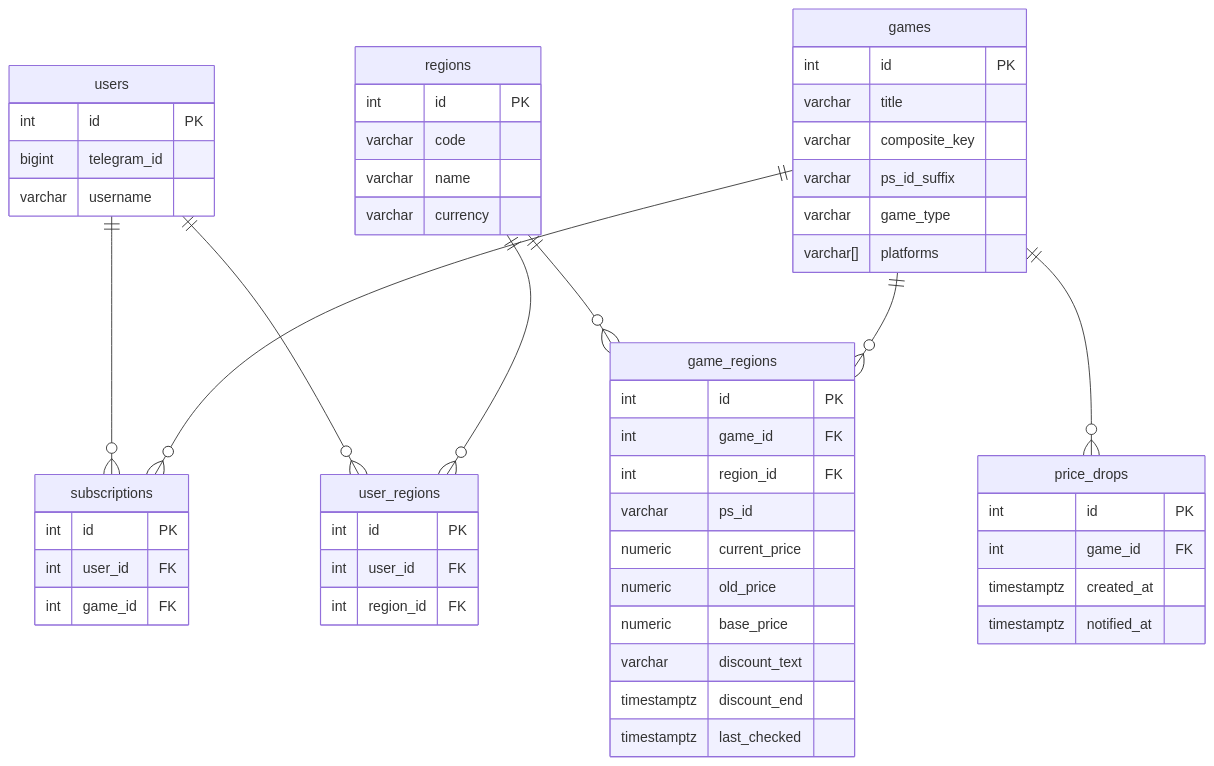
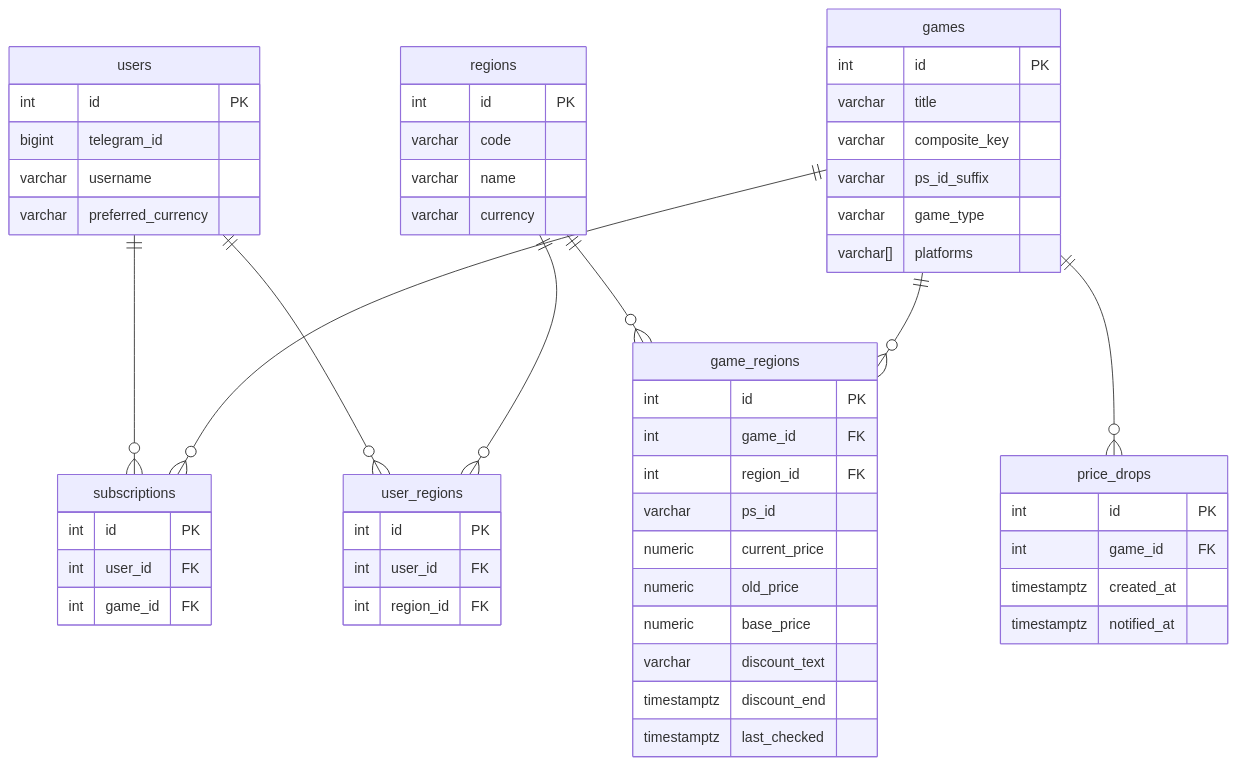
One commit to BlasterAlex/pricestation-bot changed the diagram in db/models/README.md. Above: the diagram before and after it, drawn with Mermaid. The commit also changed other lines of this file and 18 other files, not shown here.

````diff
--- a/db/models/README.md
+++ b/db/models/README.md
@@ -7,58 +7,59 @@
 ```mermaid
 erDiagram
     users {
         int id PK
         bigint telegram_id
         varchar username
+        varchar preferred_currency
     }
     regions {
         int id PK
         varchar code
         varchar name
         varchar currency
     }
     games {
         int id PK
         varchar title
         varchar composite_key
         varchar ps_id_suffix
         varchar game_type
         varchar[] platforms
     }
     subscriptions {
         int id PK
         int user_id FK
         int game_id FK
     }
     user_regions {
         int id PK
         int user_id FK
         int region_id FK
     }
     game_regions {
         int id PK
         int game_id FK
         int region_id FK
         varchar ps_id
         numeric current_price
         numeric old_price
         numeric base_price
         varchar discount_text
         timestamptz discount_end
         timestamptz last_checked
     }
     price_drops {
         int id PK
         int game_id FK
         timestamptz created_at
         timestamptz notified_at
     }
 
     users ||--o{ subscriptions : ""
     users ||--o{ user_regions : ""
     regions ||--o{ user_regions : ""
     regions ||--o{ game_regions : ""
     games ||--o{ subscriptions : ""
     games ||--o{ game_regions : ""
     games ||--o{ price_drops : ""
 ```
````
